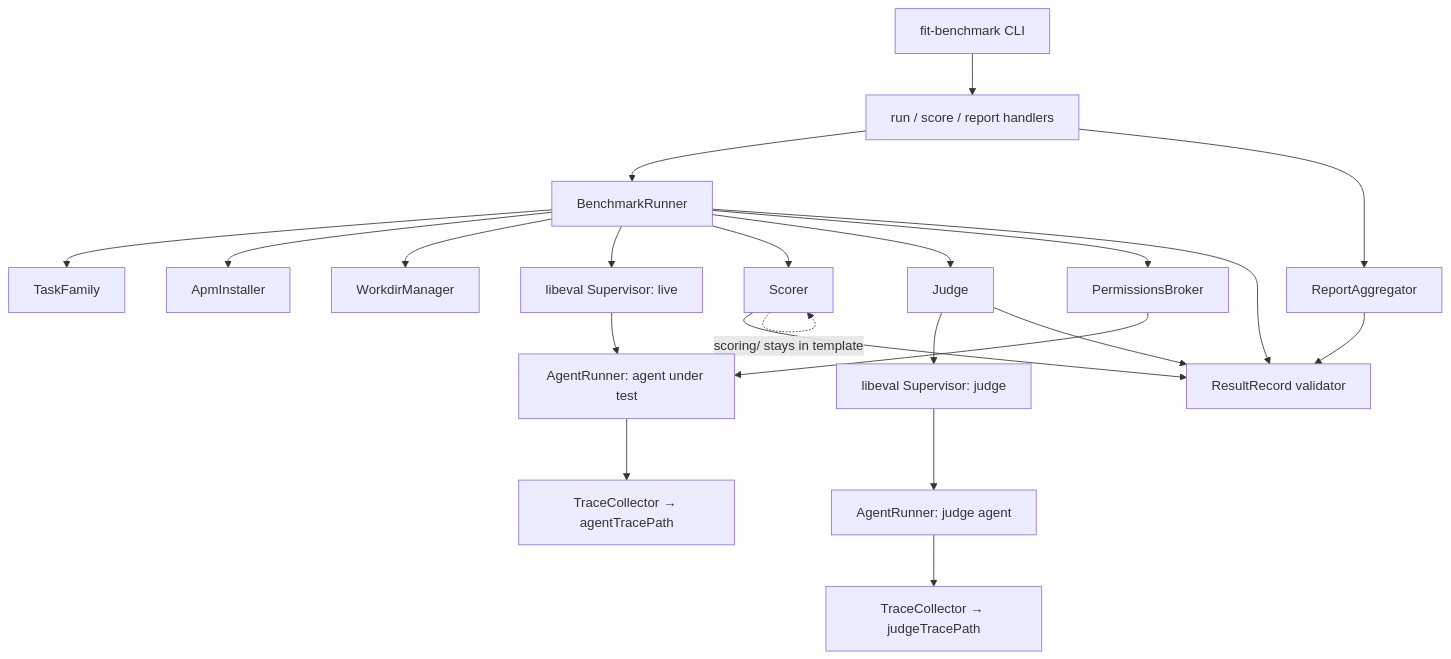
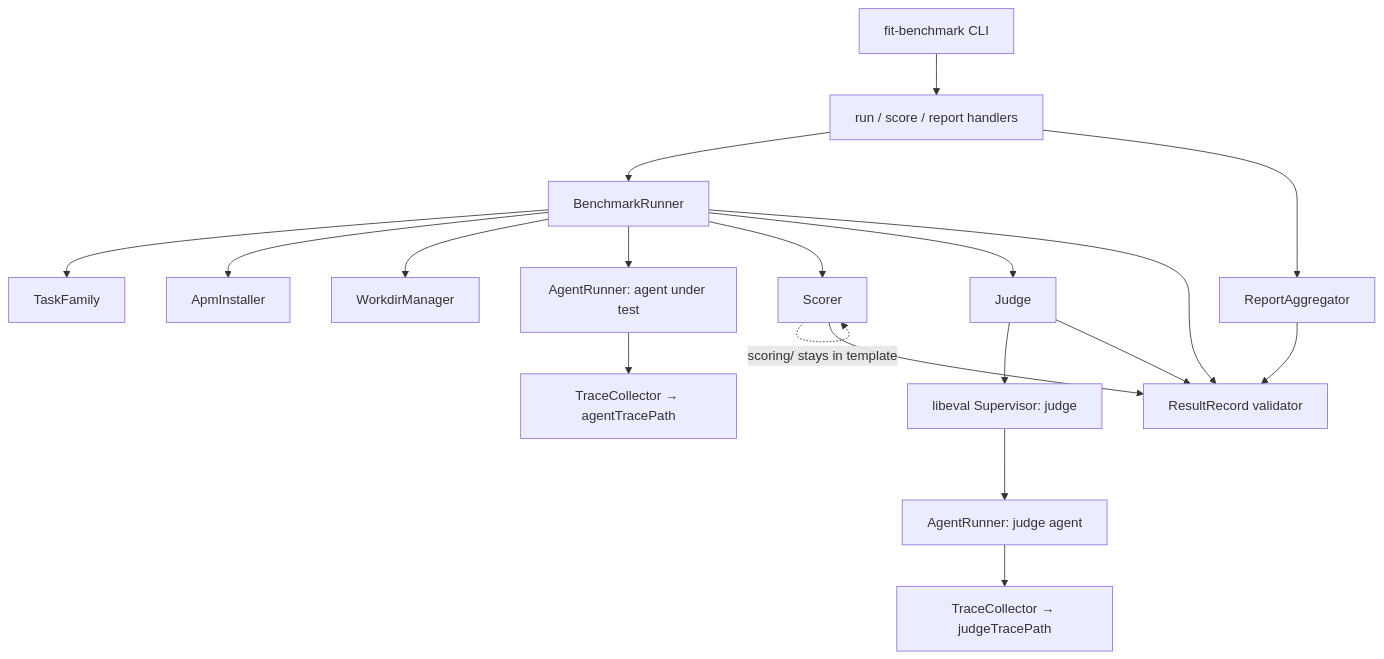
The first of 2 diagrams in specs/870-fit-benchmark-coding-tasks/design-a.md (forwardimpact/pathway), drawn with Mermaid before and after one commit. The commit also changed other lines of this file and 2 other files, not shown here.

First line of the commit message:
plan(870): fit-benchmark coding agent task families (#846)

````diff
--- a/specs/870-fit-benchmark-coding-tasks/design-a.md
+++ b/specs/870-fit-benchmark-coding-tasks/design-a.md
@@ -26,24 +25,21 @@
 ```mermaid
 graph TD
   CLI[fit-benchmark CLI] --> CMD[run / score / report handlers]
   CMD --> BR[BenchmarkRunner]
   BR --> TF[TaskFamily]
   BR --> AI[ApmInstaller]
   BR --> WM[WorkdirManager]
-  BR --> SV1[libeval Supervisor: live]
+  BR --> AR1[AgentRunner: agent under test]
   BR --> SC[Scorer]
   BR --> JD[Judge]
-  BR --> PB[PermissionsBroker]
   BR --> RR[ResultRecord validator]
-  SV1 --> AR1[AgentRunner: agent under test]
   JD --> SV2[libeval Supervisor: judge]
   SV2 --> AR2[AgentRunner: judge agent]
   AR1 --> TC1[TraceCollector → agentTracePath]
   AR2 --> TC2[TraceCollector → judgeTracePath]
-  PB --> AR1
   SC -. "scoring/ stays in template" .-> SC
   SC --> RR
   JD --> RR
   CMD --> RA[ReportAggregator]
   RA --> RR
 ```
````
